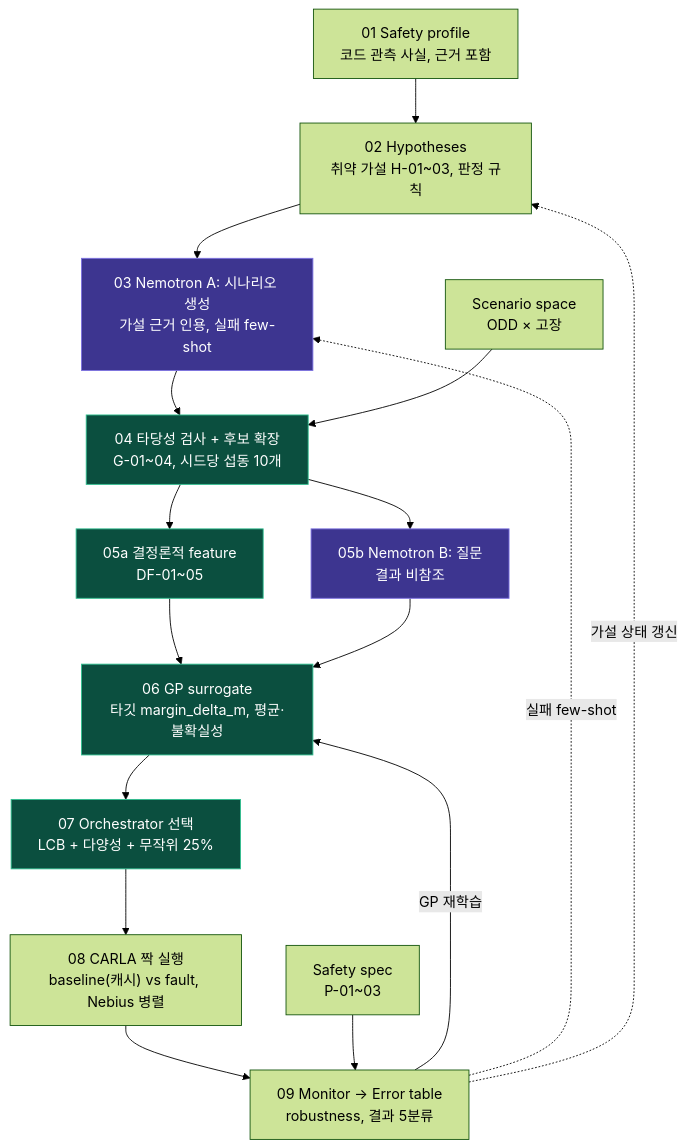
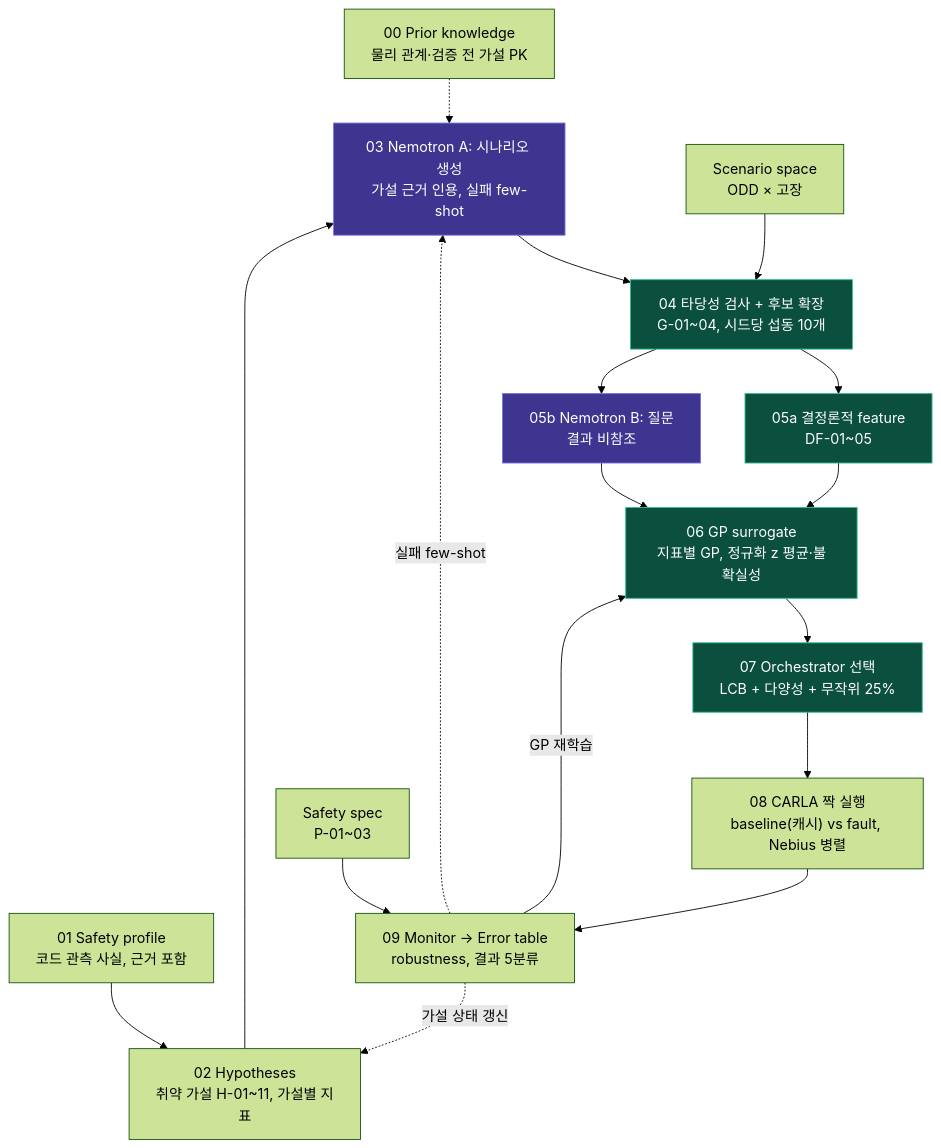
The diagram in pipeline/README.md (yoonju04/SIL_HACKATHON), drawn with Mermaid (forest theme) before and after one commit. The commit also changed other lines of this file and 28 other files, not shown here.

````diff
--- a/pipeline/README.md
+++ b/pipeline/README.md
@@ -5,24 +5,25 @@
 ```mermaid
 flowchart TD
+    PK["00 Prior knowledge<br/>물리 관계·검증 전 가설 PK"] -.-> NA
     SP["01 Safety profile<br/>코드 관측 사실, 근거 포함"] --> HY
-    HY["02 Hypotheses<br/>취약 가설 H-01~03, 판정 규칙"] --> NA
+    HY["02 Hypotheses<br/>취약 가설 H-01~11, 가설별 지표"] --> NA
     NA["03 Nemotron A: 시나리오 생성<br/>가설 근거 인용, 실패 few-shot"] --> FE
     SS["Scenario space<br/>ODD × 고장"] --> FE
     FE["04 타당성 검사 + 후보 확장<br/>G-01~04, 시드당 섭동 10개"] --> DF & NB
     DF["05a 결정론적 feature<br/>DF-01~05"] --> GP
     NB["05b Nemotron B: 질문<br/>결과 비참조"] --> GP
-    GP["06 GP surrogate<br/>타깃 margin_delta_m, 평균·불확실성"] --> OR
+    GP["06 GP surrogate<br/>지표별 GP, 정규화 z 평균·불확실성"] --> OR
     OR["07 Orchestrator 선택<br/>LCB + 다양성 + 무작위 25%"] --> CR
     CR["08 CARLA 짝 실행<br/>baseline(캐시) vs fault, Nebius 병렬"] --> MO
     SPEC["Safety spec<br/>P-01~03"] --> MO
     MO["09 Monitor → Error table<br/>robustness, 결과 5분류"]
 
     MO -- "GP 재학습" --> GP
     MO -. "실패 few-shot" .-> NA
     MO -. "가설 상태 갱신" .-> HY
 
     classDef nemotron fill:#3d3590,stroke:#7b70e0,color:#fff
     classDef det fill:#0b4f3f,stroke:#2fbf8f,color:#fff
     class NA,NB nemotron
     class FE,DF,GP,OR det
 ```
````
